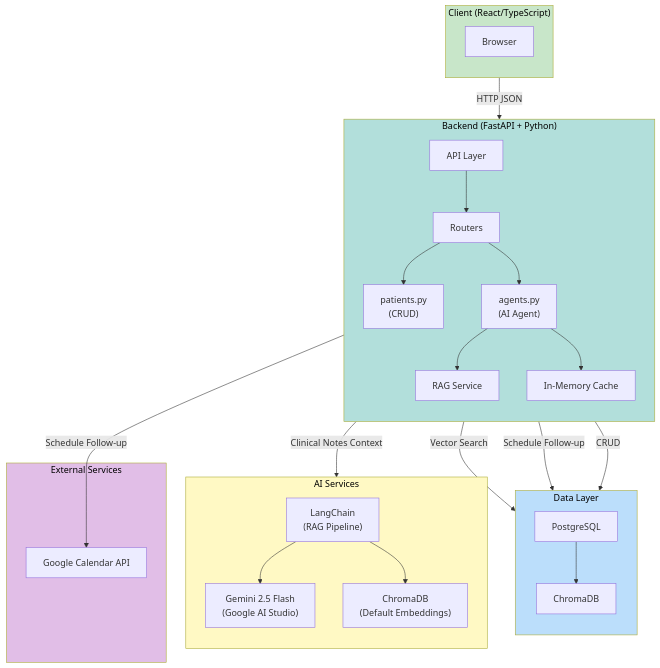
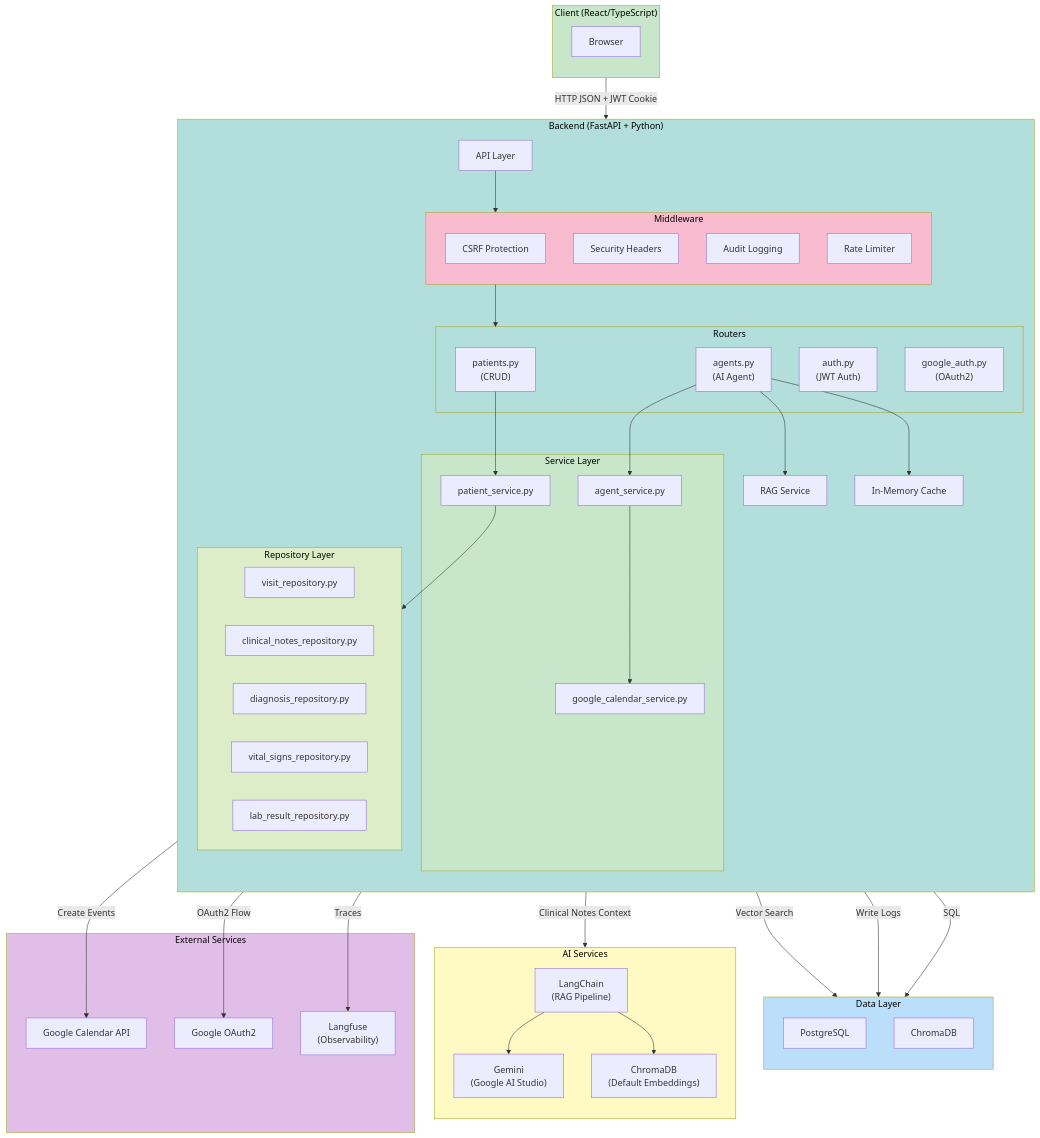
Before and after one commit to petarkosic/healthcare-agent: the diagram in README.md, drawn with Mermaid. The commit also changed other lines of this file and 1 other file, not shown here.

````diff
--- a/README.md
+++ b/README.md
@@ -23,53 +23,82 @@
 ```mermaid
 flowchart TB
     subgraph Client["Client (React/TypeScript)"]
         direction TB
         App["Browser"]
-
     end
     subgraph Backend["Backend (FastAPI + Python)"]
         direction TB
         API["API Layer"]
-        Routers["Routers"]
-        PatientsRouter["patients.py<br/>(CRUD)"]
-        AgentsRouter["agents.py<br/>(AI Agent)"]
+        subgraph Middleware["Middleware"]
+            CSRF["CSRF Protection"]
+            SecHeaders["Security Headers"]
+            AuditLog["Audit Logging"]
+            RateLimit["Rate Limiter"]
+        end
+        subgraph Routers["Routers"]
+            PatientsRouter["patients.py<br/>(CRUD)"]
+            AgentsRouter["agents.py<br/>(AI Agent)"]
+            AuthRouter["auth.py<br/>(JWT Auth)"]
+            GoogleAuthRouter["google_auth.py<br/>(OAuth2)"]
+        end
+        subgraph Services["Service Layer"]
+            PatientService["patient_service.py"]
+            AgentService["agent_service.py"]
+            GoogleCalService["google_calendar_service.py"]
+        end
+        subgraph Repositories["Repository Layer"]
+            VisitRepo["visit_repository.py"]
+            NotesRepo["clinical_notes_repository.py"]
+            DiagnosisRepo["diagnosis_repository.py"]
+            VitalsRepo["vital_signs_repository.py"]
+            LabRepo["lab_result_repository.py"]
+        end
         RAGService["RAG Service"]
         Cache["In-Memory Cache"]
 
-        API --> Routers
-        Routers --> PatientsRouter
-        Routers --> AgentsRouter
+        API --> Middleware
+        Middleware --> Routers
+        PatientsRouter --> PatientService
+        AgentsRouter --> AgentService
         AgentsRouter --> RAGService
         AgentsRouter --> Cache
+        AgentService --> GoogleCalService
+        PatientService --> Repositories
     end
     subgraph Data["Data Layer"]
         direction TB
         PostgreSQL["PostgreSQL"]
         ChromaDB["ChromaDB"]
-
-        PostgreSQL --> ChromaDB
     end
     subgraph AI["AI Services"]
         direction TB
-        Gemini["Gemini 2.5 Flash<br/>(Google AI Studio)"]
+        Gemini["Gemini<br/>(Google AI Studio)"]
         LangChain["LangChain<br/>(RAG Pipeline)"]
         Embeddings["ChromaDB<br/>(Default Embeddings)"]
 
         LangChain --> Gemini
         LangChain --> Embeddings
     end
     subgraph External["External Services"]
         GoogleCal["Google Calendar API"]
+        GoogleOAuth["Google OAuth2"]
+        Langfuse["Langfuse<br/>(Observability)"]
     end
-    Client -->|"HTTP JSON"| Backend
+    Client -->|"HTTP JSON + JWT Cookie"| Backend
     RAGService -->|"Vector Search"| ChromaDB
     RAGService -->|"Clinical Notes Context"| AI
-    AgentsRouter -->|"Schedule Follow-up"| GoogleCal
-    AgentsRouter -->|"Schedule Follow-up"| PostgreSQL
-    PatientsRouter -->|"CRUD"| PostgreSQL
+    GoogleCalService -->|"Create Events"| GoogleCal
+    GoogleAuthRouter -->|"OAuth2 Flow"| GoogleOAuth
+    Repositories -->|"SQL"| PostgreSQL
+    AuditLog -->|"Write Logs"| PostgreSQL
+    AgentsRouter -->|"Traces"| Langfuse
     style Client fill:#c8e6c9,color:#000
     style Backend fill:#b2dfdb,color:#000
     style Data fill:#bbdefb,color:#000
     style AI fill:#fff9c4,color:#000
     style External fill:#e1bee7,color:#000
+    style Middleware fill:#f8bbd0,color:#000
+    style Routers fill:#b2dfdb,color:#000
+    style Services fill:#c8e6c9,color:#000
+    style Repositories fill:#dcedc8,color:#000
 ```
````
